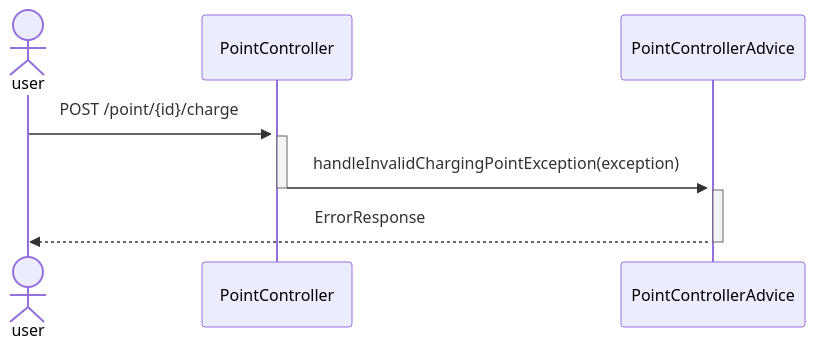
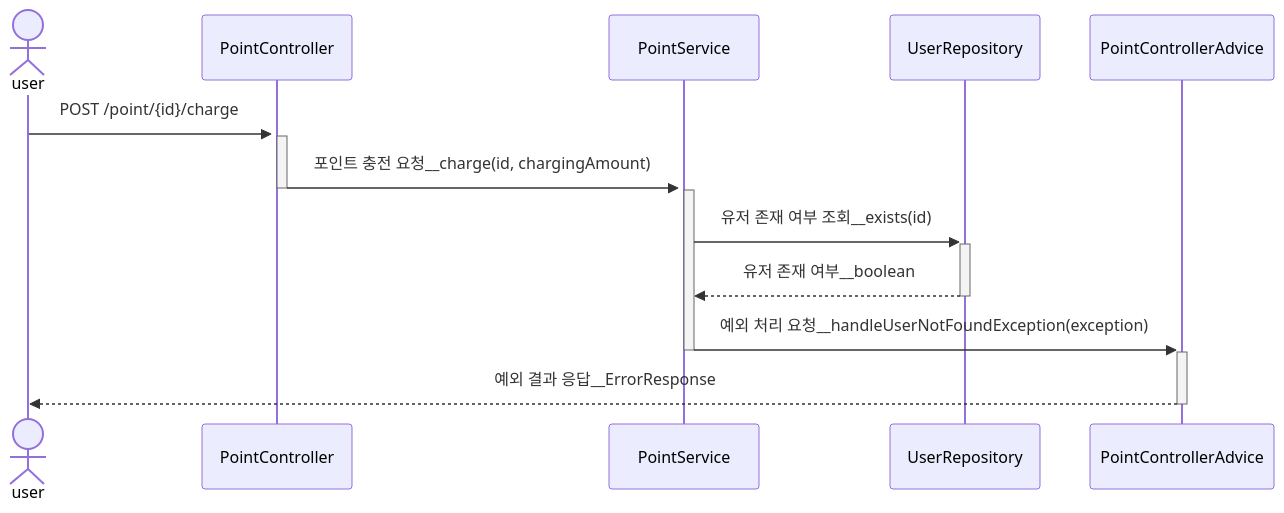
Before and after one commit to pbg0205/hhplus-tdd-java: the third of 4 diagrams in documentation/유저_포인트_충전_API.md, drawn with Mermaid. The commit also changed other lines of this file, not shown here.

Commit message:
docs: 유저 포인트 충전 API 행동 분석 실패 케이스 및 시퀀스 다이어그램 수정

````diff
--- a/documentation/유저_포인트_충전_API.md
+++ b/documentation/유저_포인트_충전_API.md
@@ -86,14 +91,19 @@
 ```mermaid
 sequenceDiagram
 actor user
-participant controller as PointController
-participant controllerAdvice as PointControllerAdvice
+participant pointController as PointController
+participant pointService as PointService
+participant userRepository as UserRepository
+participant pointControllerAdvice as PointControllerAdvice
 
-user ->>+ controller: POST /point/{id}/charge
-activate controller
-controller ->>+ controllerAdvice: handleInvalidChargingPointException(exception)
-deactivate controller
-activate controllerAdvice
-controllerAdvice -->> user: ErrorResponse
-deactivate controllerAdvice
+user ->>+ pointController: POST /point/{id}/charge
+activate pointController
+pointController ->>+ pointService: 포인트 충전 요청__charge(id, chargingAmount)
+deactivate pointController
+activate pointService
+pointService ->>+ userRepository: 유저 존재 여부 조회__exists(id)
+userRepository -->>- pointService: 유저 존재 여부__boolean
+pointService ->>+ pointControllerAdvice: 예외 처리 요청__handleUserNotFoundException(exception)
+deactivate pointService
+pointControllerAdvice -->>- user: 예외 결과 응답__ErrorResponse
 ```
````
